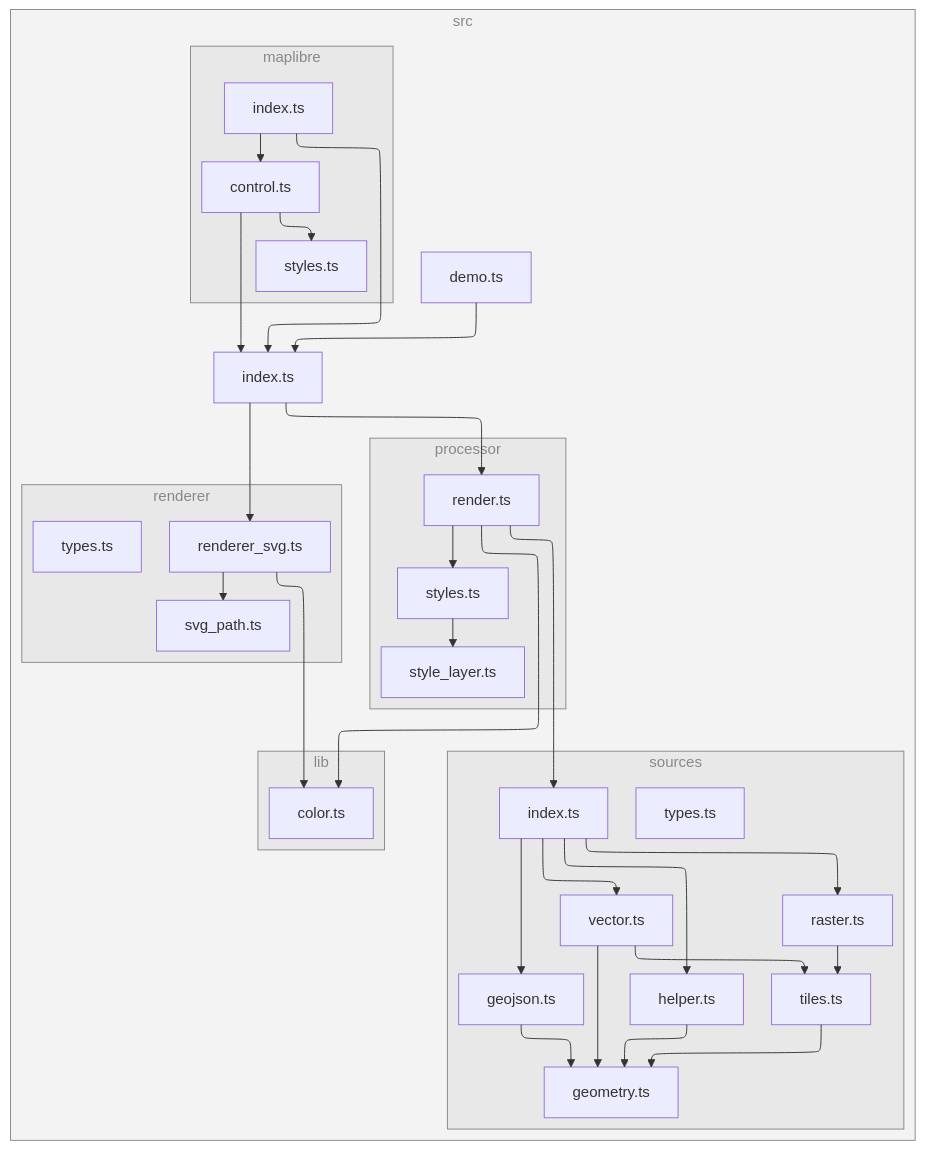
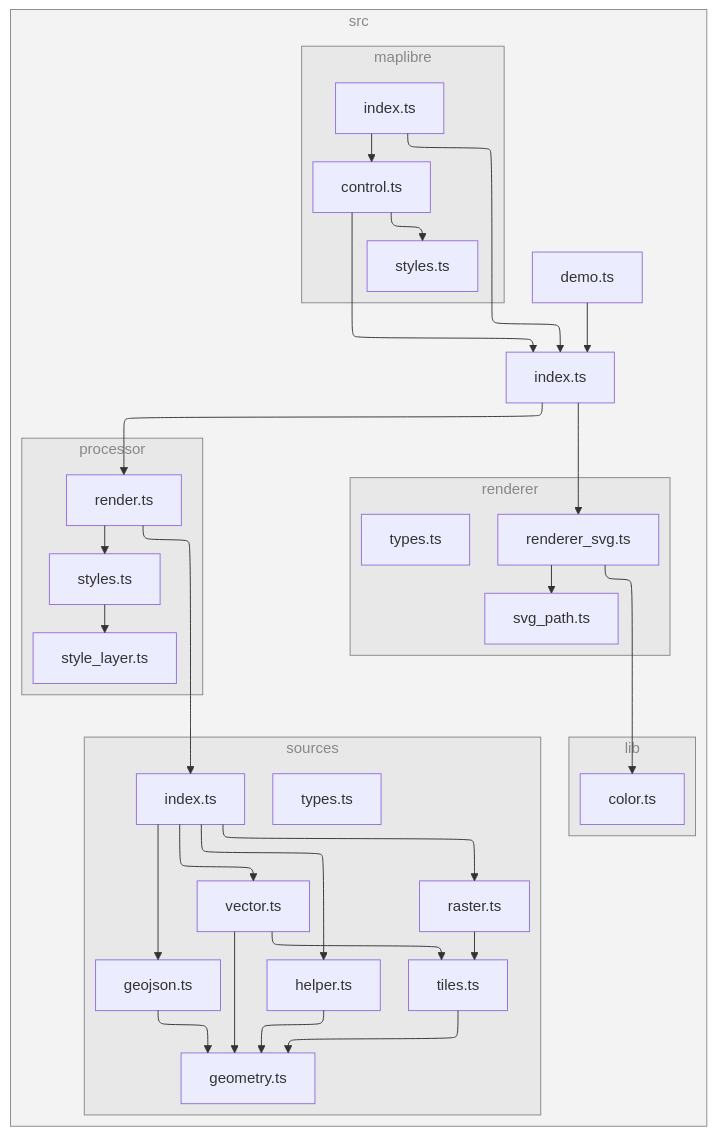
One commit to versatiles-org/versatiles-renderer changed the diagram in README.md. Above: the diagram before and after it, drawn with Mermaid. The commit also changed 4 other files, not shown here.

Commit message:
refactor: update color handling to use MaplibreColor across renderer and styles

````diff
--- a/README.md
+++ b/README.md
@@ -126,66 +126,65 @@
 ```mermaid
 ---
 config:
   layout: elk
 ---
 flowchart TB
 
 subgraph 0["src"]
 1["demo.ts"]
 2["index.ts"]
 subgraph 3["processor"]
 4["render.ts"]
-F["styles.ts"]
-G["style_layer.ts"]
+D["styles.ts"]
+E["style_layer.ts"]
 end
-subgraph 5["lib"]
-6["color.ts"]
-end
-subgraph 7["sources"]
-8["index.ts"]
-9["geojson.ts"]
-A["geometry.ts"]
-B["helper.ts"]
-C["raster.ts"]
-D["tiles.ts"]
-E["vector.ts"]
+subgraph 5["sources"]
+6["index.ts"]
+7["geojson.ts"]
+8["geometry.ts"]
+9["helper.ts"]
+A["raster.ts"]
+B["tiles.ts"]
+C["vector.ts"]
 P["types.ts"]
 end
-subgraph H["renderer"]
-I["renderer_svg.ts"]
+subgraph F["renderer"]
+G["renderer_svg.ts"]
 J["svg_path.ts"]
 O["types.ts"]
+end
+subgraph H["lib"]
+I["color.ts"]
 end
 subgraph K["maplibre"]
 L["control.ts"]
 M["styles.ts"]
 N["index.ts"]
 end
 end
 1-->2
 2-->4
-2-->I
+2-->G
 4-->6
-4-->8
-4-->F
-8-->9
-8-->B
-8-->C
-8-->E
-9-->A
-B-->A
-C-->D
-D-->A
-E-->A
-E-->D
-F-->G
-I-->6
-I-->J
+4-->D
+6-->7
+6-->9
+6-->A
+6-->C
+7-->8
+9-->8
+A-->B
+B-->8
+C-->8
+C-->B
+D-->E
+G-->I
+G-->J
 L-->2
 L-->M
 N-->2
 N-->L
 
-class 0,3,5,7,H,K subgraphs;
+class 0,3,5,F,H,K subgraphs;
 classDef subgraphs fill-opacity:0.1, fill:#888, color:#888, stroke:#888;
 ```
````
